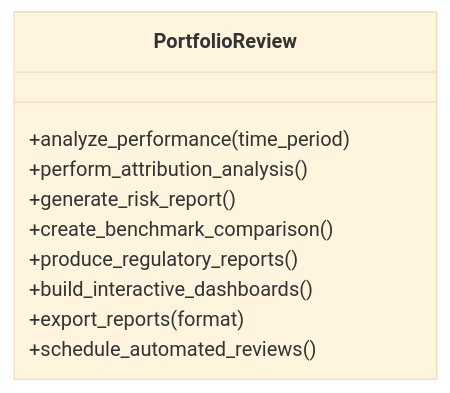
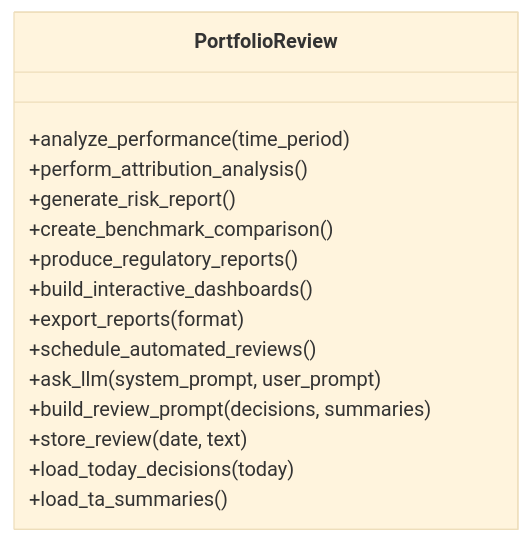
Before and after one commit to ZengSeng/telegram-bot: diagram 19 of 21 in .qoder/repowiki/en/content/Core Components/Data Engineering Module/Data Engineering Module.md, drawn with Mermaid (base theme). The commit also changed other lines of this file and 15 other files, not shown here.

````diff
--- a/.qoder/repowiki/en/content/Core Components/Data Engineering Module/Data Engineering Module.md
+++ b/.qoder/repowiki/en/content/Core Components/Data Engineering Module/Data Engineering Module.md
@@ -748,13 +1124,18 @@
 ```mermaid
 classDiagram
 class PortfolioReview {
 +analyze_performance(time_period)
 +perform_attribution_analysis()
 +generate_risk_report()
 +create_benchmark_comparison()
 +produce_regulatory_reports()
 +build_interactive_dashboards()
 +export_reports(format)
 +schedule_automated_reviews()
++ask_llm(system_prompt, user_prompt)
++build_review_prompt(decisions, summaries)
++store_review(date, text)
++load_today_decisions(today)
++load_ta_summaries()
 }
 ```
````
